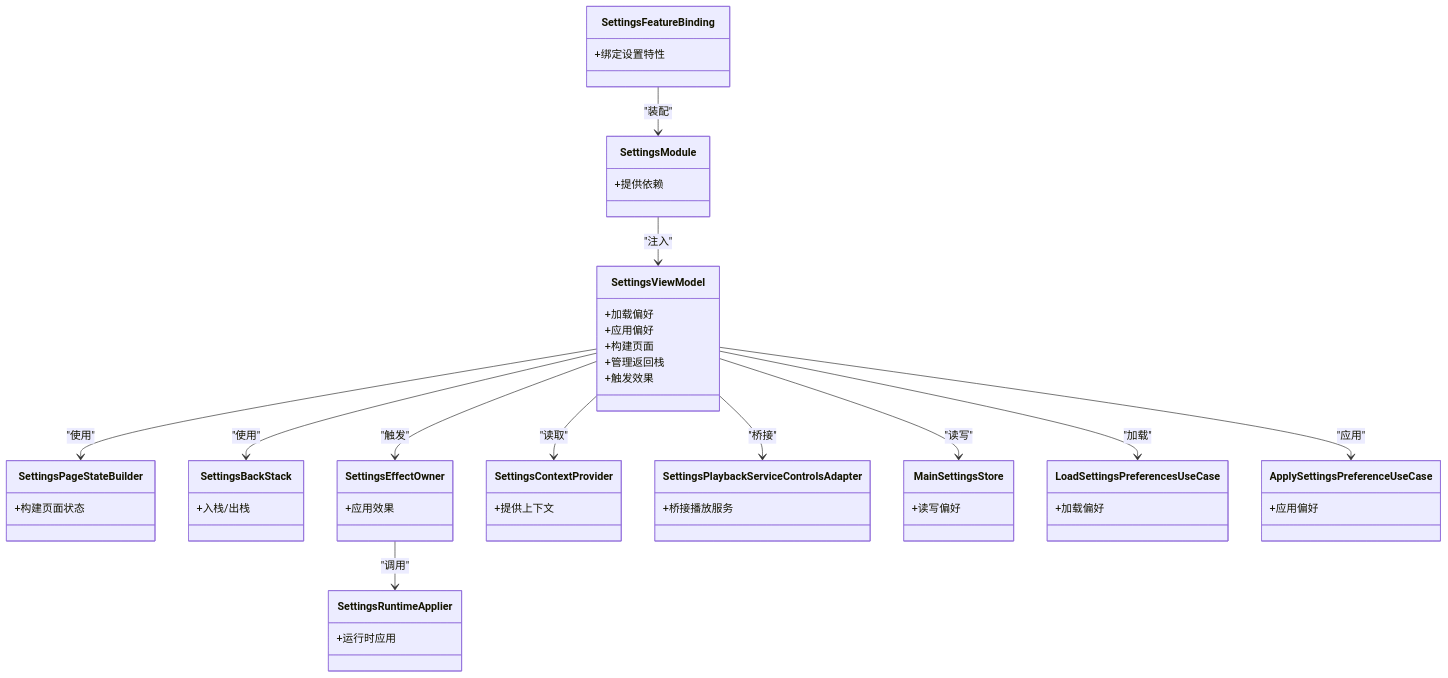
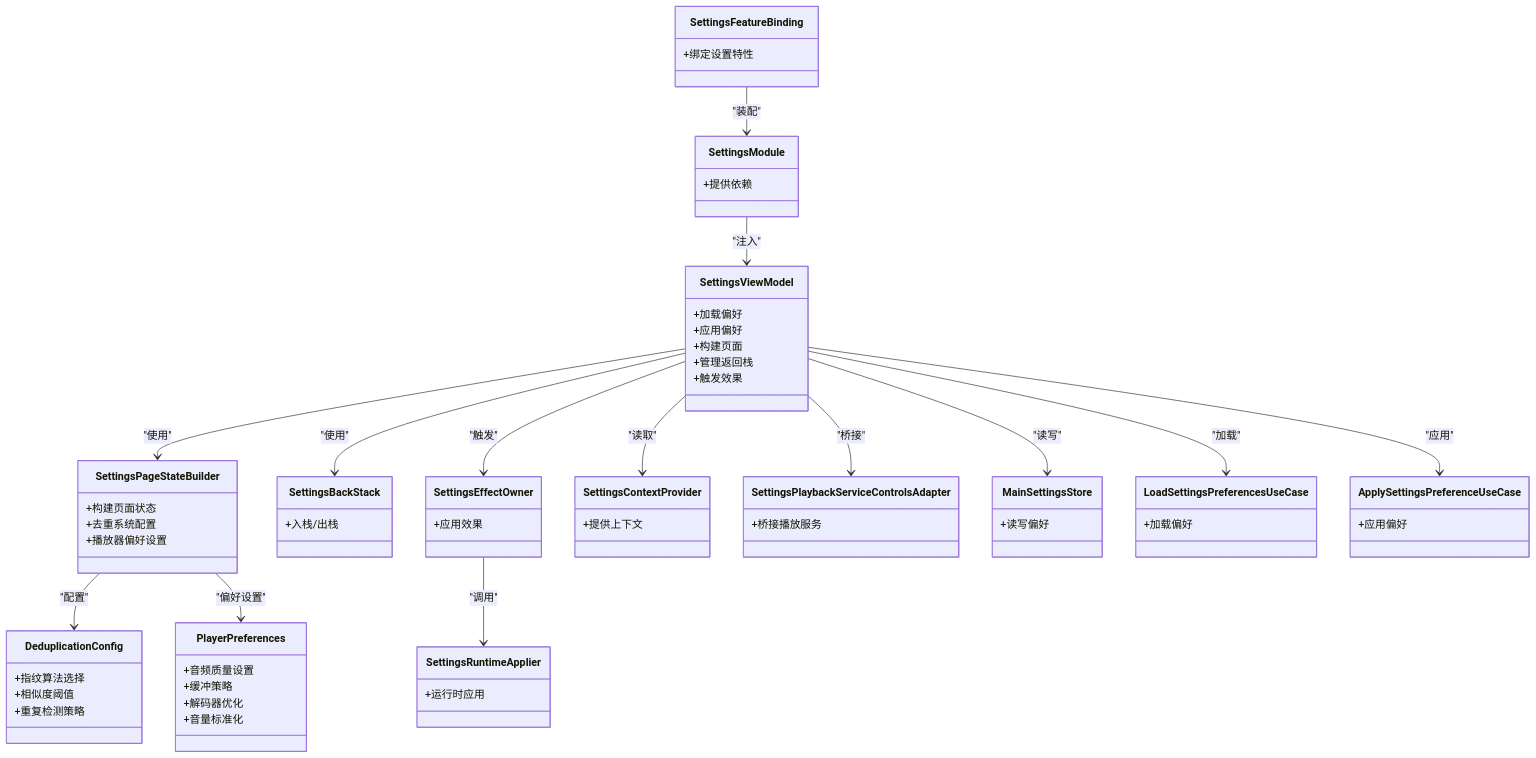
Before and after one commit to ysyhlly/Yukine-android: the third of 3 diagrams in .qoder/repowiki/zh/content/架构设计/模块化设计/功能特性模块/设置界面模块 (feature_settings-ui).md, drawn with Mermaid. The commit also changed other lines of this file and 158 other files, not shown here.

````diff
--- a/.qoder/repowiki/zh/content/架构设计/模块化设计/功能特性模块/设置界面模块 (feature_settings-ui).md
+++ b/.qoder/repowiki/zh/content/架构设计/模块化设计/功能特性模块/设置界面模块 (feature_settings-ui).md
@@ -237,54 +257,69 @@
 ```mermaid
 classDiagram
 class SettingsFeatureBinding {
 +绑定设置特性
 }
 class SettingsModule {
 +提供依赖
 }
 class SettingsViewModel {
 +加载偏好
 +应用偏好
 +构建页面
 +管理返回栈
 +触发效果
 }
 class SettingsPageStateBuilder {
 +构建页面状态
++去重系统配置
++播放器偏好设置
 }
 class SettingsBackStack {
 +入栈/出栈
 }
 class SettingsEffectOwner {
 +应用效果
 }
 class SettingsRuntimeApplier {
 +运行时应用
 }
 class SettingsContextProvider {
 +提供上下文
 }
 class SettingsPlaybackServiceControlsAdapter {
 +桥接播放服务
 }
 class MainSettingsStore {
 +读写偏好
 }
 class LoadSettingsPreferencesUseCase {
 +加载偏好
 }
 class ApplySettingsPreferenceUseCase {
 +应用偏好
 }
+class DeduplicationConfig {
++指纹算法选择
++相似度阈值
++重复检测策略
+}
+class PlayerPreferences {
++音频质量设置
++缓冲策略
++解码器优化
++音量标准化
+}
 SettingsFeatureBinding --> SettingsModule : "装配"
 SettingsModule --> SettingsViewModel : "注入"
 SettingsViewModel --> SettingsPageStateBuilder : "使用"
 SettingsViewModel --> SettingsBackStack : "使用"
 SettingsViewModel --> SettingsEffectOwner : "触发"
 SettingsEffectOwner --> SettingsRuntimeApplier : "调用"
 SettingsViewModel --> SettingsContextProvider : "读取"
 SettingsViewModel --> SettingsPlaybackServiceControlsAdapter : "桥接"
 SettingsViewModel --> MainSettingsStore : "读写"
 SettingsViewModel --> LoadSettingsPreferencesUseCase : "加载"
 SettingsViewModel --> ApplySettingsPreferenceUseCase : "应用"
+SettingsPageStateBuilder --> DeduplicationConfig : "配置"
+SettingsPageStateBuilder --> PlayerPreferences : "偏好设置"
 ```
````
